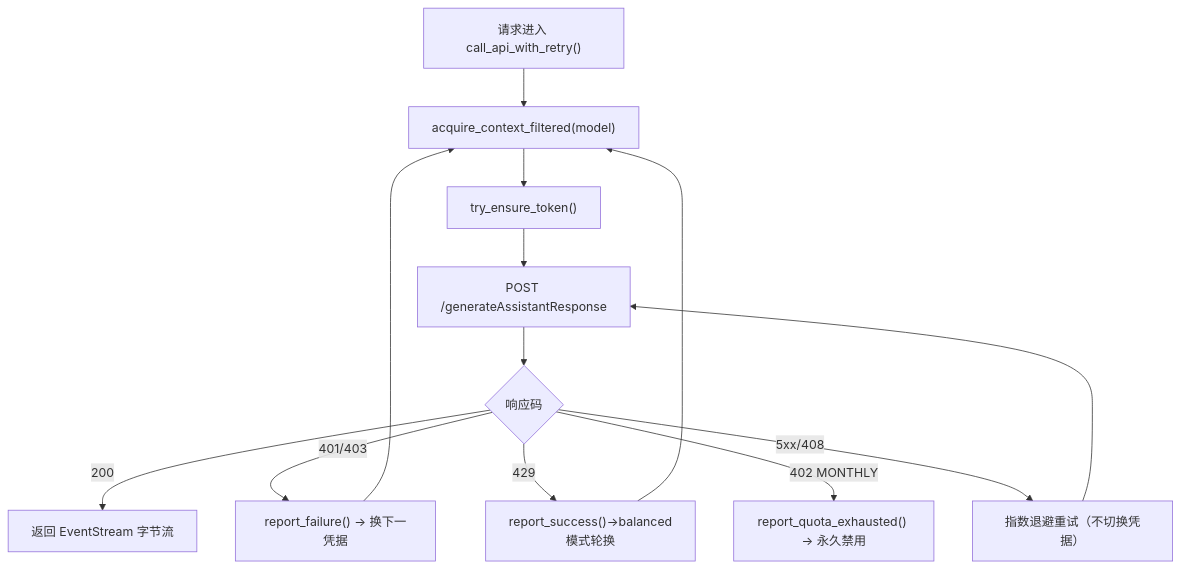
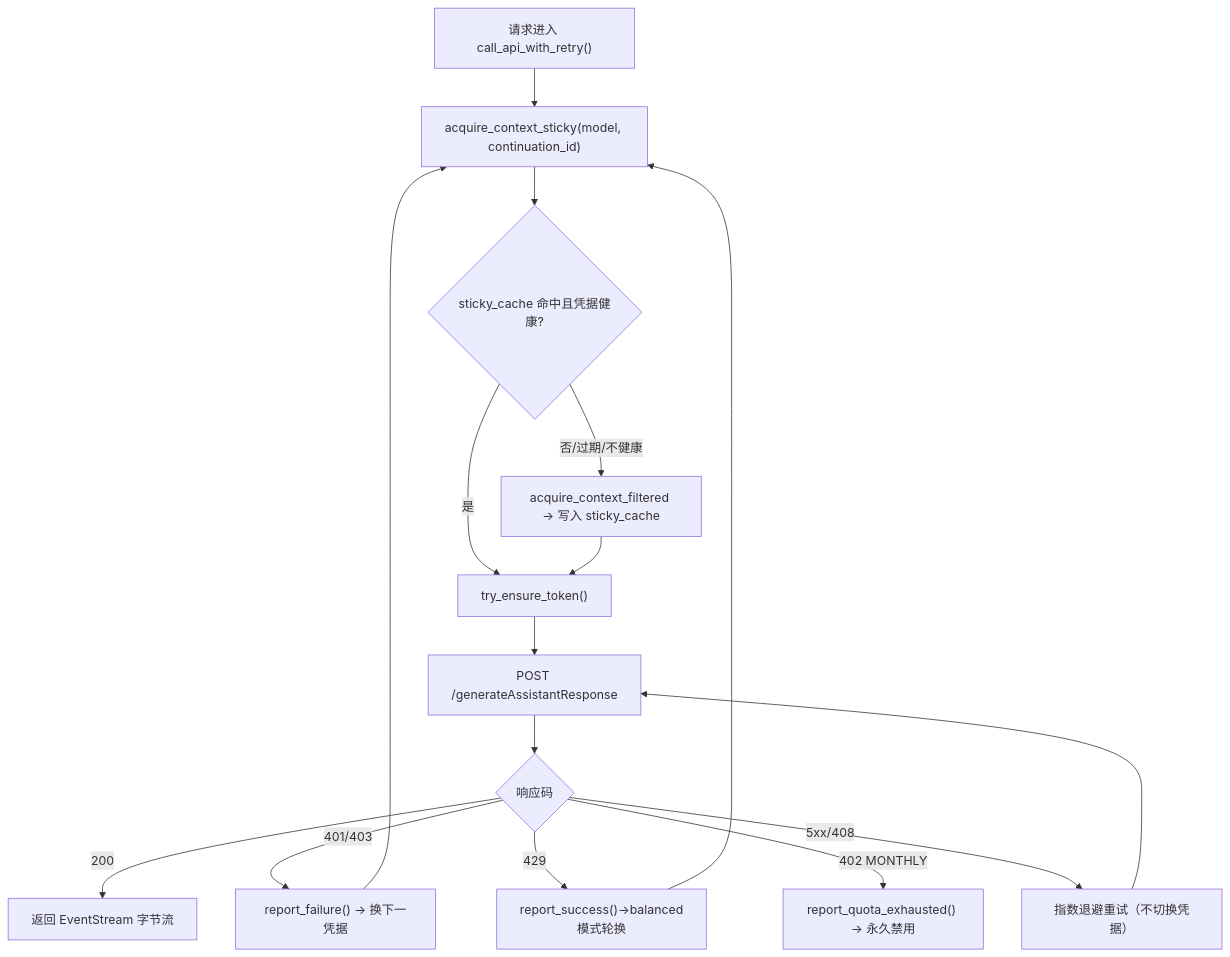
The second of 4 diagrams in docs/kiro2cc-proxy_源码全景解析.md (TsinHzl/kiro2cc-proxy), drawn with Mermaid before and after one commit. The commit also changed other lines of this file and 2 other files, not shown here.

First line of the commit message:
docs: 补充 sticky cache 机制文档，修正注释 TTL 30→60 分钟

````diff
--- a/docs/kiro2cc-proxy_源码全景解析.md
+++ b/docs/kiro2cc-proxy_源码全景解析.md
@@ -805,15 +865,19 @@
 ```mermaid
 flowchart TD
-    A["请求进入 call_api_with_retry()"] --> B["acquire_context_filtered(model)"]
-    B --> C["try_ensure_token()"]
+    A["请求进入 call_api_with_retry()"] --> B["acquire_context_sticky(model, continuation_id)"]
+    B --> B1{sticky_cache 命中且凭据健康?}
+    B1 -->|是| C
+    B1 -->|否/过期/不健康| B2["acquire_context_filtered → 写入 sticky_cache"]
+    B2 --> C
+    C["try_ensure_token()"]
     C --> D["POST /generateAssistantResponse"]
     D --> E{响应码}
     E -->|200| F["返回 EventStream 字节流"]
     E -->|401/403| G["report_failure() → 换下一凭据"]
     E -->|429| H["report_success()→balanced模式轮换"]
     E -->|402 MONTHLY| I["report_quota_exhausted() → 永久禁用"]
     E -->|5xx/408| J["指数退避重试（不切换凭据）"]
     G --> B
     H --> B
     J --> D
 ```
````
